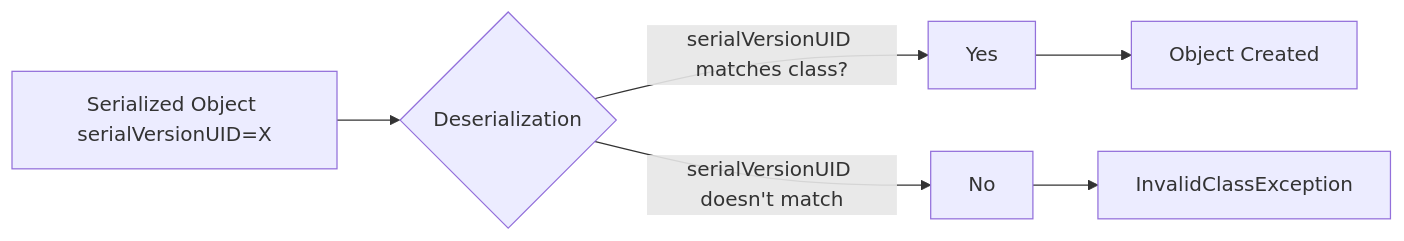
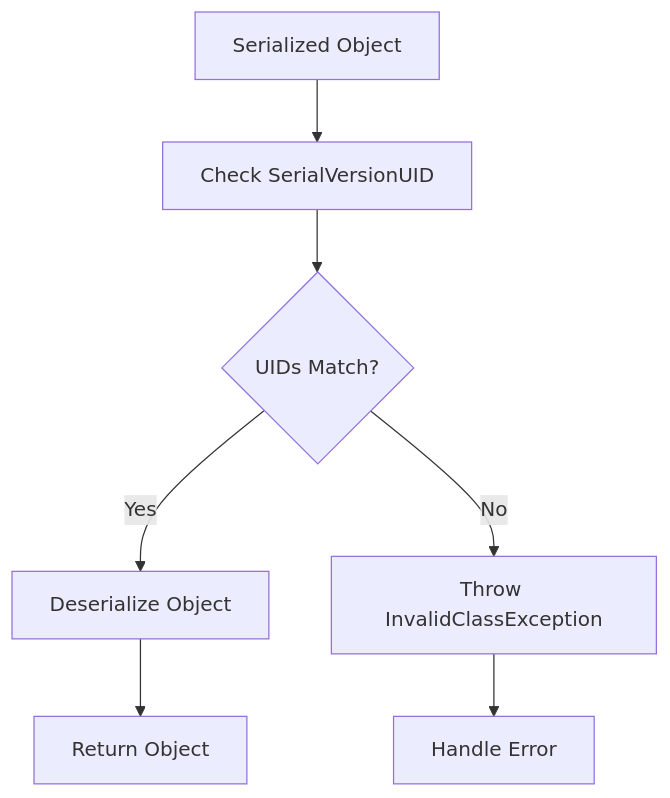
The fifth of 6 diagrams in README.md (DanielCreggOrganization/w9-lab-serialization-nastaj), drawn with Mermaid before and after one commit. The commit also changed other lines of this file, not shown here.

````diff
--- a/README.md
+++ b/README.md
@@ -361,8 +432,9 @@
 ```mermaid
-graph LR
-    A[Serialized Object serialVersionUID=X] --> B{Deserialization}
-    B -- serialVersionUID matches class? --> C[Yes]
-    B -- serialVersionUID doesn't match --> D[No]
-    C --> E[Object Created]
-    D --> F[InvalidClassException]
+graph TD
+    A[Serialized Object] --> B[Check SerialVersionUID]
+    B --> C{UIDs Match?}
+    C -->|Yes| D[Deserialize Object]
+    C -->|No| E[Throw InvalidClassException]
+    D --> F[Return Object]
+    E --> G[Handle Error]
 ```
````
